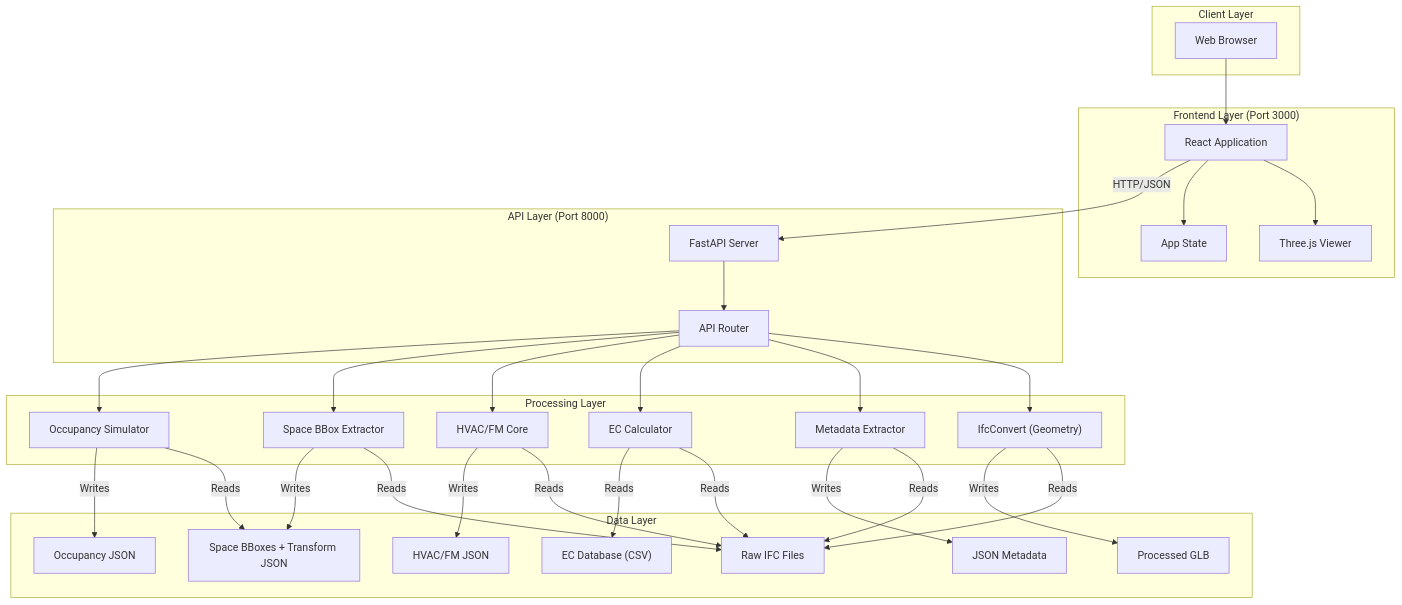
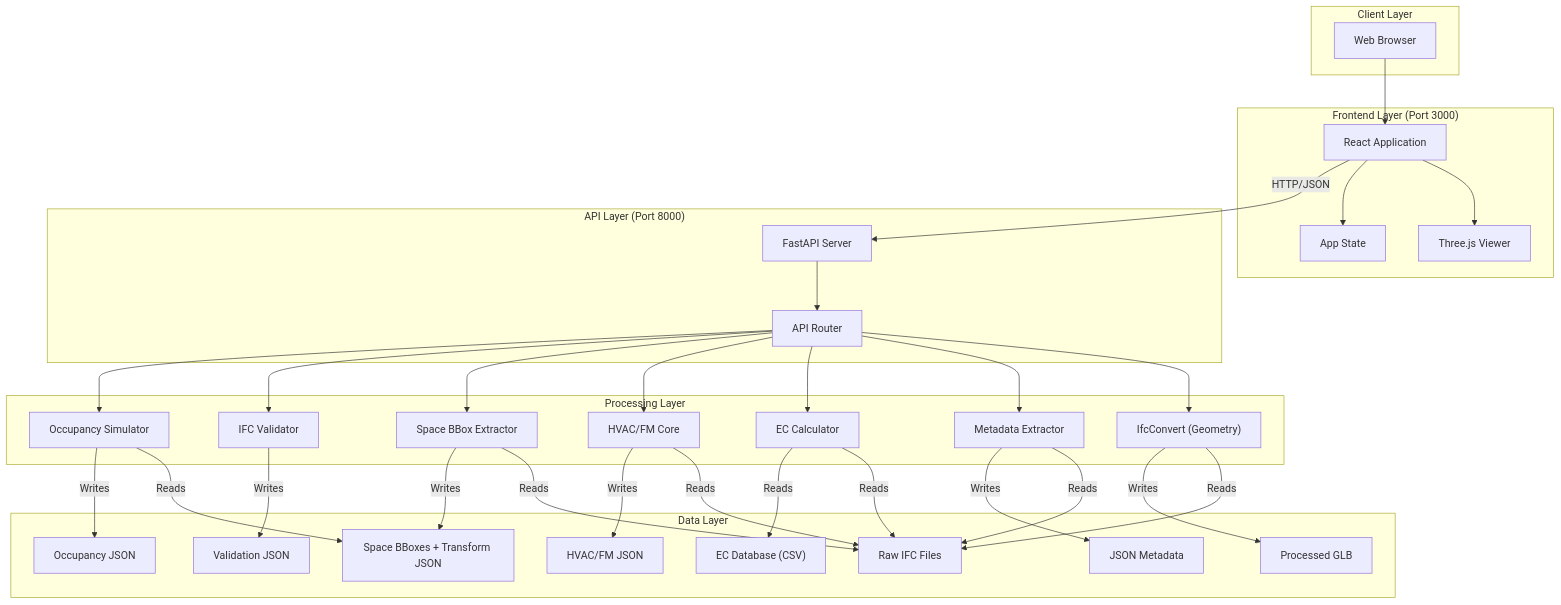
One commit to Naveendinula/DigitalTwin changed the first of 8 diagrams in SYSTEM_MAP.md. Above: the diagram before and after it, drawn with Mermaid. The commit also changed other lines of this file and 7 other files, not shown here.

First line of the commit message:
Add IFC validation feature and update docs/UI

````diff
--- a/SYSTEM_MAP.md
+++ b/SYSTEM_MAP.md
@@ -7,66 +7,71 @@
 ```mermaid
 graph TD
     subgraph "Client Layer"
         Browser[Web Browser]
     end
 
     subgraph "Frontend Layer (Port 3000)"
         ReactApp[React Application]
         ThreeJS[Three.js Viewer]
         State[App State]
         
         Browser --> ReactApp
         ReactApp --> ThreeJS
         ReactApp --> State
     end
 
     subgraph "API Layer (Port 8000)"
         FastAPI[FastAPI Server]
         Router[API Router]
         
         ReactApp -- HTTP/JSON --> FastAPI
         FastAPI --> Router
     end
 
     subgraph "Processing Layer"
         IFCConv["IfcConvert (Geometry)"]
         MetaExt[Metadata Extractor]
         ECCalc[EC Calculator]
         HvacCore["HVAC/FM Core"]
         SpaceBBox["Space BBox Extractor"]
+        Validator["IFC Validator"]
         
         Router --> IFCConv
         Router --> MetaExt
         Router --> ECCalc
         Router --> HvacCore
         Router --> SpaceBBox
+        Router --> Validator
         Router --> OccSim["Occupancy Simulator"]
     end
 
     subgraph "Data Layer"
         IFCFiles[Raw IFC Files]
         GLBFiles[Processed GLB]
         JSONMeta[JSON Metadata]
         ECDB["EC Database (CSV)"]
         HVACJson[HVAC/FM JSON]
         SpaceBBoxJson[Space BBoxes + Transform JSON]
+        ValidationJson[Validation JSON]
         
         IFCConv -- Reads --> IFCFiles
         IFCConv -- Writes --> GLBFiles
         
         MetaExt -- Reads --> IFCFiles
         MetaExt -- Writes --> JSONMeta
         
         ECCalc -- Reads --> IFCFiles
         ECCalc -- Reads --> ECDB
 
         HvacCore -- Reads --> IFCFiles
         HvacCore -- Writes --> HVACJson
 
         SpaceBBox -- Reads --> IFCFiles
         SpaceBBox -- Writes --> SpaceBBoxJson
 
+        Validator -- Writes --> ValidationJson
+
         OccSim -- Reads --> SpaceBBoxJson
         OccSim -- Writes --> OccJson[Occupancy JSON]
     end
 ```
````
